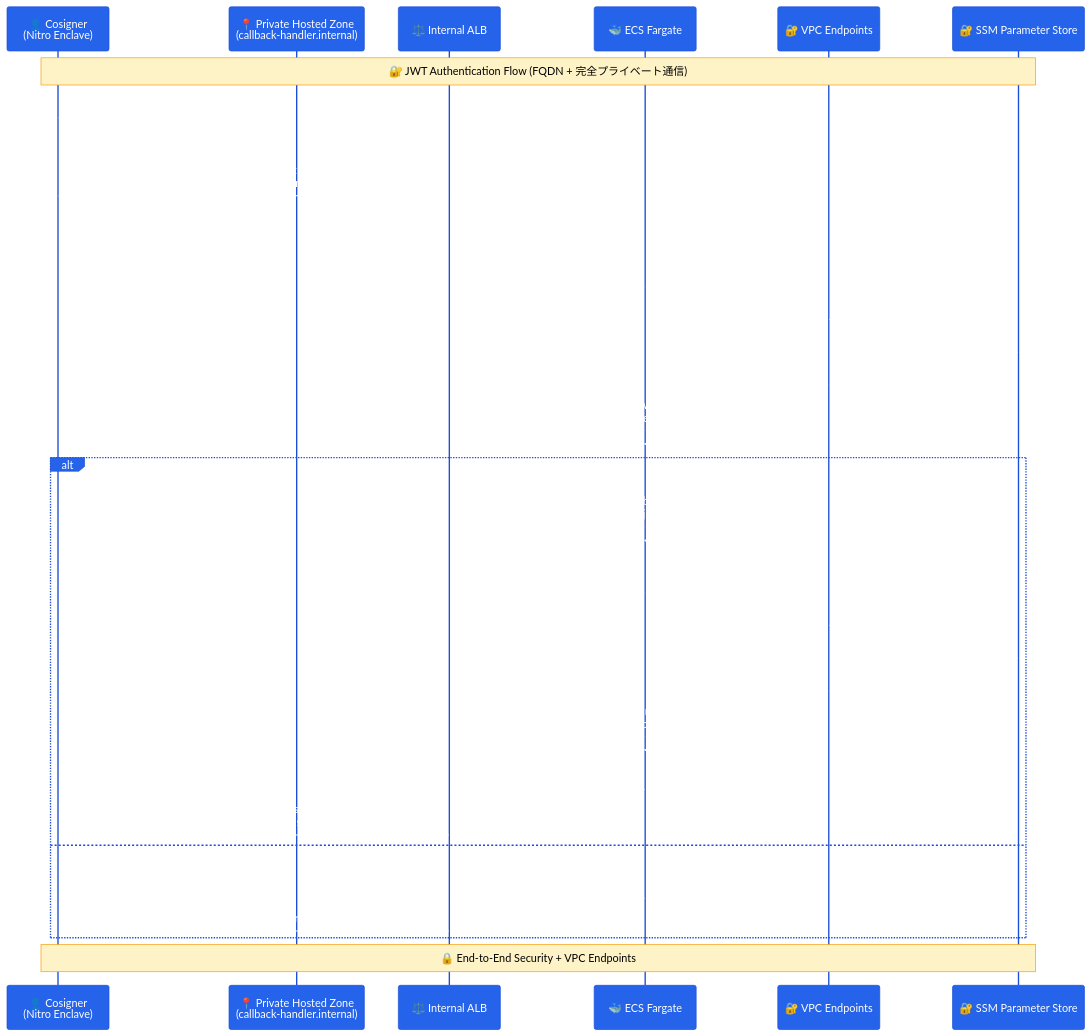
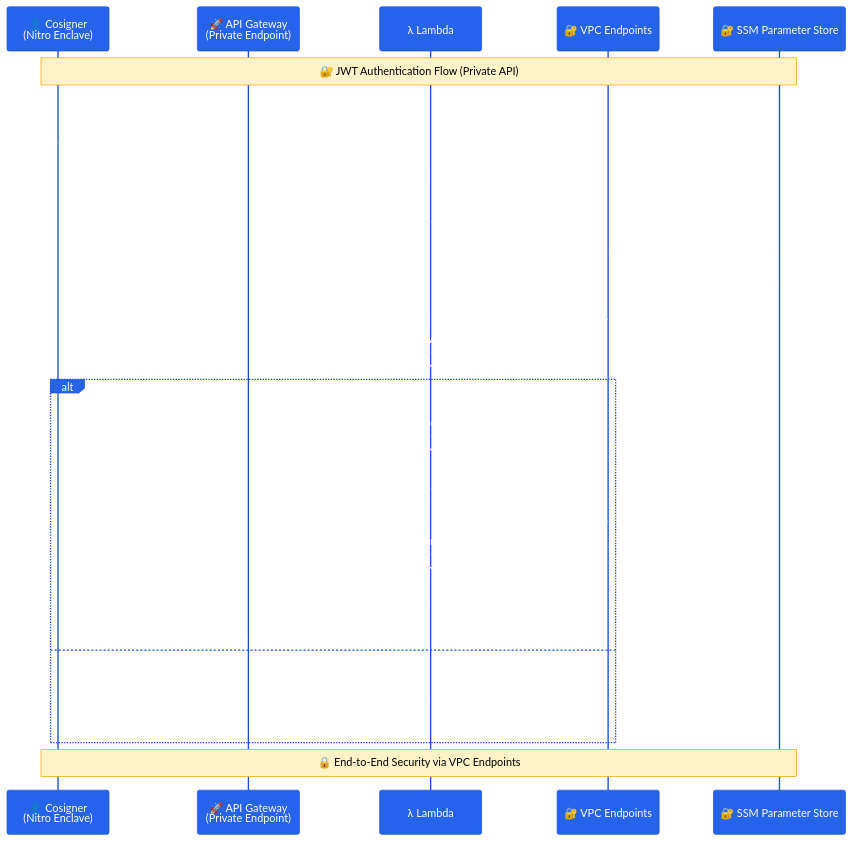
One commit to mahiroaug/fireblocks-callbackhandler2 changed the second of 2 diagrams in README.md. Above: the diagram before and after it, drawn with Mermaid. The commit also changed other lines of this file and 13 other files, not shown here.

````diff
--- a/README.md
+++ b/README.md
@@ -105,43 +82,35 @@
 ```mermaid
 %%{init: {'theme': 'base', 'themeVariables': { 'primaryColor': '#2563eb', 'primaryTextColor': '#ffffff', 'primaryBorderColor': '#1d4ed8', 'lineColor': '#374151', 'secondaryColor': '#f3f4f6', 'tertiaryColor': '#e5e7eb', 'background': '#ffffff', 'noteTextColor': '#000000', 'noteBkgColor': '#fef3c7', 'noteBorderColor': '#f59e0b'}}}%%
 sequenceDiagram
     participant C as 👤 Cosigner<br/>(Nitro Enclave)
-    participant D as 📍 Private Hosted Zone<br/>(callback-handler.internal)
-    participant A as ⚖️ Internal ALB
-    participant E as 🐳 ECS Fargate
+    participant A as 🚀 API Gateway<br/>(Private Endpoint)
+    participant L as λ Lambda
     participant V as 🔐 VPC Endpoints
     participant S as 🔐 SSM Parameter Store
-    
-    Note over C,S: 🔐 JWT Authentication Flow (FQDN + 完全プライベート通信)
-    
-    C->>D: 1. DNS Query (callback-handler.internal)
-    D-->>C: 2. DNS Response (ALB IP Address)
-    C->>A: 3. HTTPS Request (Port 443)<br/>JWT Token (signed with cosigner_private_key)
-    A->>E: 4. HTTP Forward (Port 3000)<br/>JWT Token
-    
-    E->>V: 5. Get cosigner_public_key<br/>(via SSM VPC Endpoint)
-    V->>S: 6. Parameter Store Access
-    S-->>V: 7. Return public key
-    V-->>E: 8. Return public key
-    
-    E->>E: 9. Verify JWT signature<br/>using cosigner_public_key
-    
+
+    Note over C,S: 🔐 JWT Authentication Flow (Private API)
+
+    C->>A: 1. HTTPS Request<br/>(to execute-api endpoint URL)<br/>JWT Token
+    A->>L: 2. Event Trigger
+
+    L->>V: 3. Get cosigner_public_key<br/>(via SSM VPC Endpoint)
+    V->>S: 4. Parameter Store Access
+    S-->>V: 5. Return public key
+    V-->>L: 6. Return public key
+
+    L->>L: 7. Verify JWT signature
+
     alt JWT verification successful
-        E->>E: 10. Execute business logic<br/>(approve/reject decision)
-        
-        E->>V: 11. Get callback_private_key<br/>(via SSM VPC Endpoint)
-        V->>S: 12. Parameter Store Access
-        S-->>V: 13. Return private key
-        V-->>E: 14. Return private key
-        
-        E->>E: 15. Generate response JWT<br/>signed with callback_private_key
-        
-        E-->>A: 16. JWT Response (HTTP 200)
-        A-->>C: 17. HTTPS Response<br/>Signed JWT Response
+        L->>L: 8. Execute business logic
+        L->>V: 9. Get callback_private_key
+        V-->>L: 10. Return private key
+        L->>L: 11. Generate response JWT
+        L-->>A: 12. JWT Response (200 OK)
+        A-->>C: 13. HTTPS Response
     else JWT verification failed
-        E-->>A: 18. Error Response (HTTP 401)
-        A-->>C: 19. Authentication Error
+        L-->>A: 14. Error Response (401)
+        A-->>C: 15. Authentication Error
     end
-    
-    Note over C,S: 🔒 End-to-End Security + VPC Endpoints
+
+    Note over C,S: 🔒 End-to-End Security via VPC Endpoints
 ```
````
